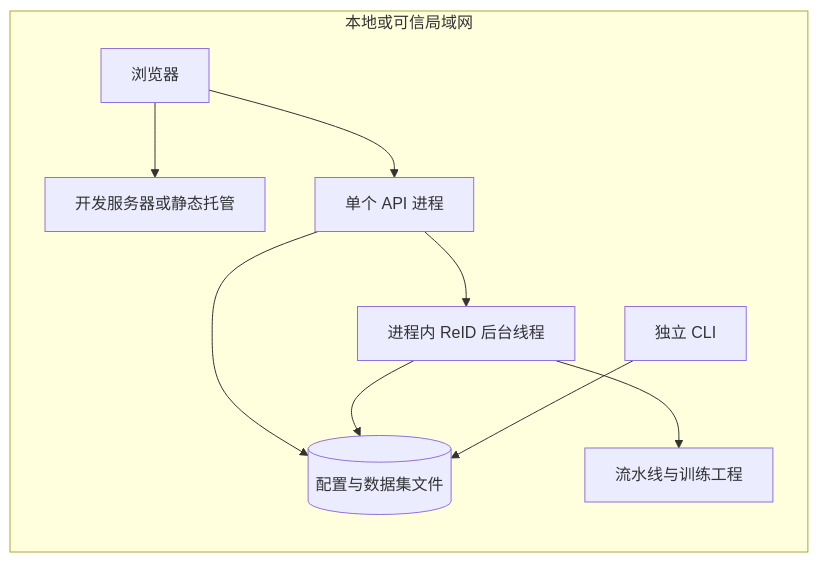
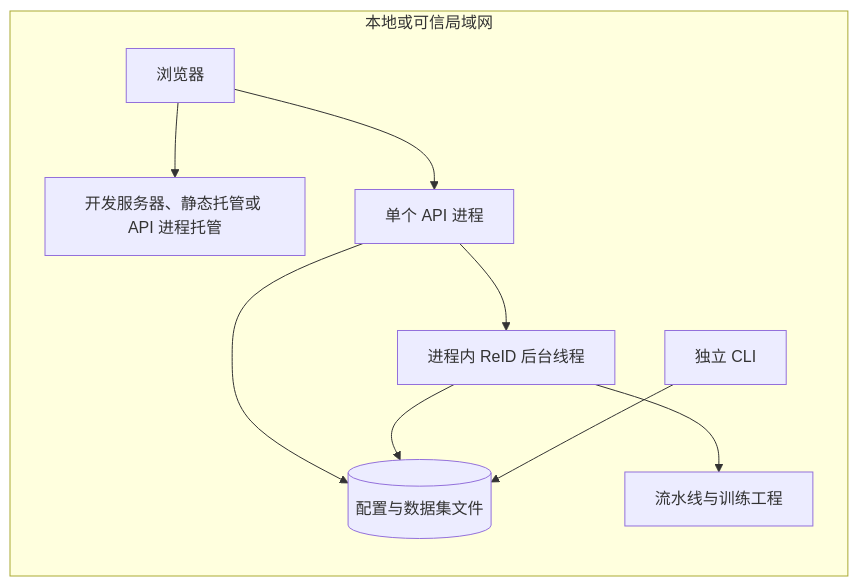
Before and after one commit to seagochen/annotation-toolkits: the diagram in docs/overall_design/90_部署与演进.md, drawn with Mermaid. The commit also changed other lines of this file and 14 other files, not shown here.

````diff
--- a/docs/overall_design/90_部署与演进.md
+++ b/docs/overall_design/90_部署与演进.md
@@ -5,12 +5,12 @@
 ```mermaid
 flowchart LR
     subgraph Trusted[本地或可信局域网]
-        Browser[浏览器] --> Static[开发服务器或静态托管]
+        Browser[浏览器] --> Static[开发服务器、静态托管或 API 进程托管]
         Browser --> API[单个 API 进程]
         API --> Jobs[进程内 ReID 后台线程]
         API --> Disk[(配置与数据集文件)]
         Jobs --> Disk
         Jobs --> External[流水线与训练工程]
         CLI[独立 CLI] --> Disk
     end
 ```
````
